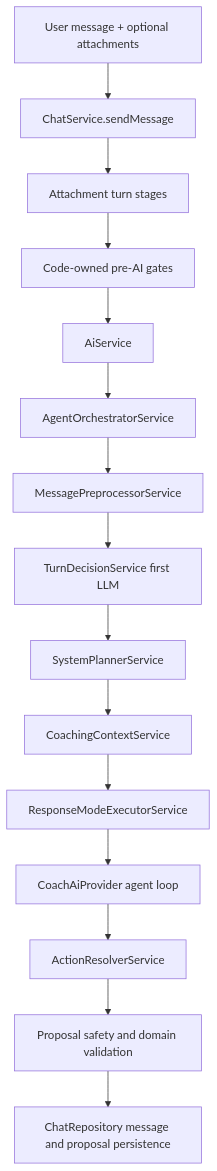
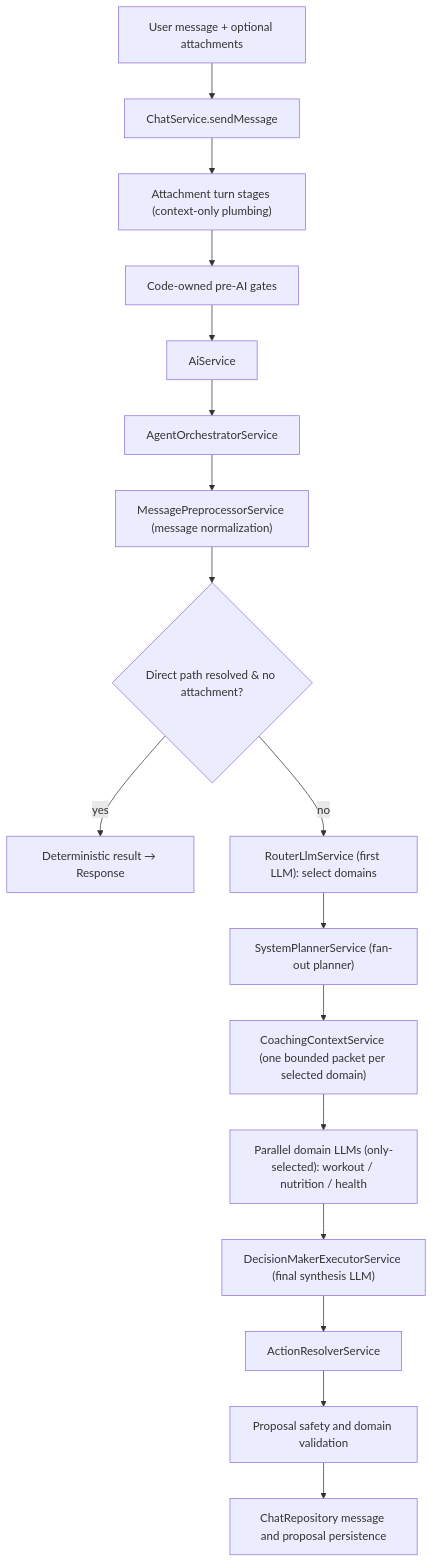
One commit to IldarRash/HealthTracer changed the diagram in docs/architecture/llm-pipeline.md. Above: the diagram before and after it, drawn with Mermaid. The commit also changed other lines of this file and 178 other files, not shown here.

````diff
--- a/docs/architecture/llm-pipeline.md
+++ b/docs/architecture/llm-pipeline.md
@@ -10,17 +26,19 @@
 ```mermaid
 flowchart TD
   userTurn["User message + optional attachments"] --> chatService["ChatService.sendMessage"]
-  chatService --> attachmentStages["Attachment turn stages"]
+  chatService --> attachmentStages["Attachment turn stages (context-only plumbing)"]
   attachmentStages --> preAiGates["Code-owned pre-AI gates"]
   preAiGates --> aiService["AiService"]
   aiService --> orchestrator["AgentOrchestratorService"]
-  orchestrator --> preprocessor["MessagePreprocessorService"]
-  preprocessor --> turnDecision["TurnDecisionService first LLM"]
-  turnDecision --> planner["SystemPlannerService"]
-  planner --> context["CoachingContextService"]
-  context --> executor["ResponseModeExecutorService"]
-  executor --> provider["CoachAiProvider agent loop"]
-  provider --> actionResolver["ActionResolverService"]
+  orchestrator --> preprocessor["MessagePreprocessorService (message normalization)"]
+  preprocessor --> directPath{"Direct path resolved & no attachment?"}
+  directPath -- yes --> deterministic["Deterministic result → Response"]
+  directPath -- no --> router["RouterLlmService (first LLM): select domains"]
+  router --> planner["SystemPlannerService (fan-out planner)"]
+  planner --> context["CoachingContextService (one bounded packet per selected domain)"]
+  context --> domainLlms["Parallel domain LLMs (only-selected): workout / nutrition / health"]
+  domainLlms --> decision["DecisionMakerExecutorService (final synthesis LLM)"]
+  decision --> actionResolver["ActionResolverService"]
   actionResolver --> validation["Proposal safety and domain validation"]
   validation --> persistence["ChatRepository message and proposal persistence"]
 ```
````
